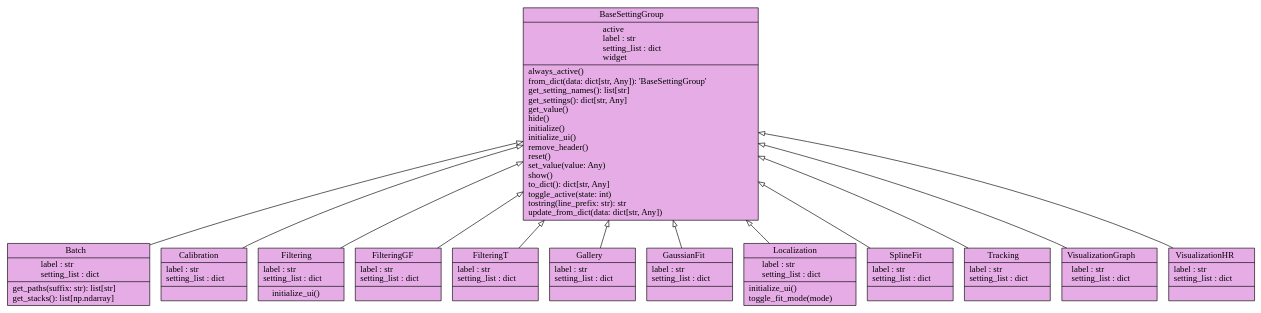
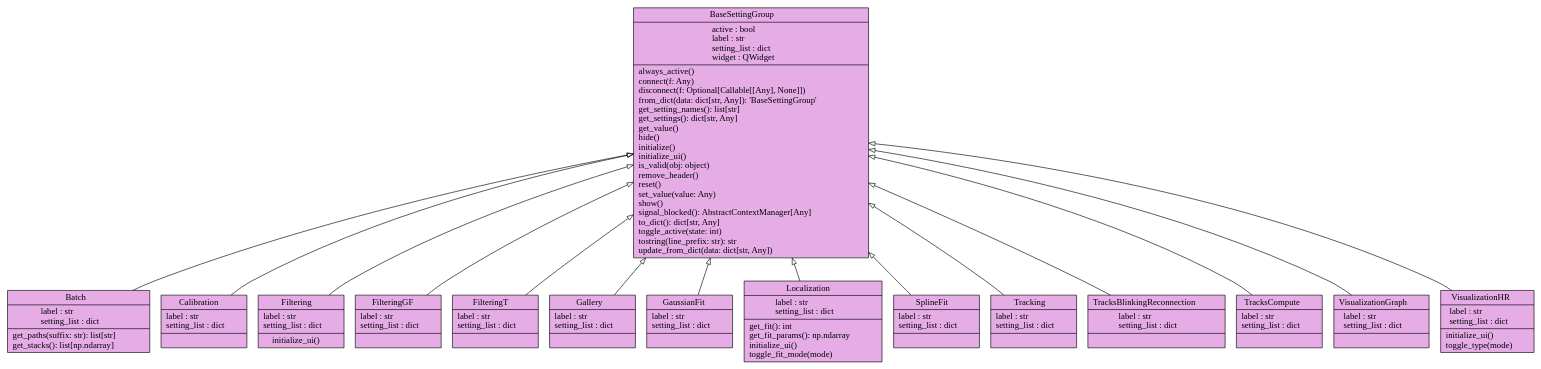
One commit to tmonseigne/palm-tracer changed the diagram in docs/_static/graph/classes_groups.dot. Above: the diagram before and after it, drawn with Graphviz. The commit also changed 76 other files, not shown here.

```diff
--- a/docs/_static/graph/classes_groups.dot
+++ b/docs/_static/graph/classes_groups.dot
@@ -1,30 +1,34 @@
 digraph "classes_palm_tracer" {
 rankdir=BT
 charset="utf-8"
-"palm_tracer.Settings.Groups.BaseSettingGroup.BaseSettingGroup" [color="black", fontcolor="black", label=<{BaseSettingGroup|active<br ALIGN="LEFT"/>label : str<br ALIGN="LEFT"/>setting_list : dict<br ALIGN="LEFT"/>widget<br ALIGN="LEFT"/>|always_active()<br ALIGN="LEFT"/>from_dict(data: dict[str, Any]): 'BaseSettingGroup'<br ALIGN="LEFT"/>get_setting_names(): list[str]<br ALIGN="LEFT"/>get_settings(): dict[str, Any]<br ALIGN="LEFT"/>get_value()<br ALIGN="LEFT"/>hide()<br ALIGN="LEFT"/>initialize()<br ALIGN="LEFT"/>initialize_ui()<br ALIGN="LEFT"/>remove_header()<br ALIGN="LEFT"/>reset()<br ALIGN="LEFT"/>set_value(value: Any)<br ALIGN="LEFT"/>show()<br ALIGN="LEFT"/>to_dict(): dict[str, Any]<br ALIGN="LEFT"/>toggle_active(state: int)<br ALIGN="LEFT"/>tostring(line_prefix: str): str<br ALIGN="LEFT"/>update_from_dict(data: dict[str, Any])<br ALIGN="LEFT"/>}>, shape="record", style="filled", fillcolor="#e6ace6"];
+"palm_tracer.Settings.Groups.BaseSettingGroup.BaseSettingGroup" [color="black", fontcolor="black", label=<{BaseSettingGroup|active : bool<br ALIGN="LEFT"/>label : str<br ALIGN="LEFT"/>setting_list : dict<br ALIGN="LEFT"/>widget : QWidget<br ALIGN="LEFT"/>|always_active()<br ALIGN="LEFT"/>connect(f: Any)<br ALIGN="LEFT"/>disconnect(f: Optional[Callable[[Any], None]])<br ALIGN="LEFT"/>from_dict(data: dict[str, Any]): 'BaseSettingGroup'<br ALIGN="LEFT"/>get_setting_names(): list[str]<br ALIGN="LEFT"/>get_settings(): dict[str, Any]<br ALIGN="LEFT"/>get_value()<br ALIGN="LEFT"/>hide()<br ALIGN="LEFT"/>initialize()<br ALIGN="LEFT"/>initialize_ui()<br ALIGN="LEFT"/>is_valid(obj: object)<br ALIGN="LEFT"/>remove_header()<br ALIGN="LEFT"/>reset()<br ALIGN="LEFT"/>set_value(value: Any)<br ALIGN="LEFT"/>show()<br ALIGN="LEFT"/>signal_blocked(): AbstractContextManager[Any]<br ALIGN="LEFT"/>to_dict(): dict[str, Any]<br ALIGN="LEFT"/>toggle_active(state: int)<br ALIGN="LEFT"/>tostring(line_prefix: str): str<br ALIGN="LEFT"/>update_from_dict(data: dict[str, Any])<br ALIGN="LEFT"/>}>, shape="record", style="filled", fillcolor="#e6ace6"];
 "palm_tracer.Settings.Groups.Batch.Batch" [color="black", fontcolor="black", label=<{Batch|label : str<br ALIGN="LEFT"/>setting_list : dict<br ALIGN="LEFT"/>|get_paths(suffix: str): list[str]<br ALIGN="LEFT"/>get_stacks(): list[np.ndarray]<br ALIGN="LEFT"/>}>, shape="record", style="filled", fillcolor="#e6ace6"];
 "palm_tracer.Settings.Groups.Calibration.Calibration" [color="black", fontcolor="black", label=<{Calibration|label : str<br ALIGN="LEFT"/>setting_list : dict<br ALIGN="LEFT"/>|}>, shape="record", style="filled", fillcolor="#e6ace6"];
 "palm_tracer.Settings.Groups.Filtering.Filtering" [color="black", fontcolor="black", label=<{Filtering|label : str<br ALIGN="LEFT"/>setting_list : dict<br ALIGN="LEFT"/>|initialize_ui()<br ALIGN="LEFT"/>}>, shape="record", style="filled", fillcolor="#e6ace6"];
 "palm_tracer.Settings.Groups.FilteringGF.FilteringGF" [color="black", fontcolor="black", label=<{FilteringGF|label : str<br ALIGN="LEFT"/>setting_list : dict<br ALIGN="LEFT"/>|}>, shape="record", style="filled", fillcolor="#e6ace6"];
 "palm_tracer.Settings.Groups.FilteringT.FilteringT" [color="black", fontcolor="black", label=<{FilteringT|label : str<br ALIGN="LEFT"/>setting_list : dict<br ALIGN="LEFT"/>|}>, shape="record", style="filled", fillcolor="#e6ace6"];
 "palm_tracer.Settings.Groups.Gallery.Gallery" [color="black", fontcolor="black", label=<{Gallery|label : str<br ALIGN="LEFT"/>setting_list : dict<br ALIGN="LEFT"/>|}>, shape="record", style="filled", fillcolor="#e6ace6"];
 "palm_tracer.Settings.Groups.GaussianFit.GaussianFit" [color="black", fontcolor="black", label=<{GaussianFit|label : str<br ALIGN="LEFT"/>setting_list : dict<br ALIGN="LEFT"/>|}>, shape="record", style="filled", fillcolor="#e6ace6"];
-"palm_tracer.Settings.Groups.Localization.Localization" [color="black", fontcolor="black", label=<{Localization|label : str<br ALIGN="LEFT"/>setting_list : dict<br ALIGN="LEFT"/>|initialize_ui()<br ALIGN="LEFT"/>toggle_fit_mode(mode)<br ALIGN="LEFT"/>}>, shape="record", style="filled", fillcolor="#e6ace6"];
+"palm_tracer.Settings.Groups.Localization.Localization" [color="black", fontcolor="black", label=<{Localization|label : str<br ALIGN="LEFT"/>setting_list : dict<br ALIGN="LEFT"/>|get_fit(): int<br ALIGN="LEFT"/>get_fit_params(): np.ndarray<br ALIGN="LEFT"/>initialize_ui()<br ALIGN="LEFT"/>toggle_fit_mode(mode)<br ALIGN="LEFT"/>}>, shape="record", style="filled", fillcolor="#e6ace6"];
 "palm_tracer.Settings.Groups.SplineFit.SplineFit" [color="black", fontcolor="black", label=<{SplineFit|label : str<br ALIGN="LEFT"/>setting_list : dict<br ALIGN="LEFT"/>|}>, shape="record", style="filled", fillcolor="#e6ace6"];
 "palm_tracer.Settings.Groups.Tracking.Tracking" [color="black", fontcolor="black", label=<{Tracking|label : str<br ALIGN="LEFT"/>setting_list : dict<br ALIGN="LEFT"/>|}>, shape="record", style="filled", fillcolor="#e6ace6"];
+"palm_tracer.Settings.Groups.TracksBlinkingReconnection.TracksBlinkingReconnection" [color="black", fontcolor="black", label=<{TracksBlinkingReconnection|label : str<br ALIGN="LEFT"/>setting_list : dict<br ALIGN="LEFT"/>|}>, shape="record", style="filled", fillcolor="#e6ace6"];
+"palm_tracer.Settings.Groups.TracksCompute.TracksCompute" [color="black", fontcolor="black", label=<{TracksCompute|label : str<br ALIGN="LEFT"/>setting_list : dict<br ALIGN="LEFT"/>|}>, shape="record", style="filled", fillcolor="#e6ace6"];
 "palm_tracer.Settings.Groups.VisualizationGraph.VisualizationGraph" [color="black", fontcolor="black", label=<{VisualizationGraph|label : str<br ALIGN="LEFT"/>setting_list : dict<br ALIGN="LEFT"/>|}>, shape="record", style="filled", fillcolor="#e6ace6"];
-"palm_tracer.Settings.Groups.VisualizationHR.VisualizationHR" [color="black", fontcolor="black", label=<{VisualizationHR|label : str<br ALIGN="LEFT"/>setting_list : dict<br ALIGN="LEFT"/>|}>, shape="record", style="filled", fillcolor="#e6ace6"];
+"palm_tracer.Settings.Groups.VisualizationHR.VisualizationHR" [color="black", fontcolor="black", label=<{VisualizationHR|label : str<br ALIGN="LEFT"/>setting_list : dict<br ALIGN="LEFT"/>|initialize_ui()<br ALIGN="LEFT"/>toggle_type(mode)<br ALIGN="LEFT"/>}>, shape="record", style="filled", fillcolor="#e6ace6"];
 
 "palm_tracer.Settings.Groups.Batch.Batch" -> "palm_tracer.Settings.Groups.BaseSettingGroup.BaseSettingGroup" [arrowhead="empty", arrowtail="none", style="filled", fillcolor="#e6ace6"];
 "palm_tracer.Settings.Groups.Calibration.Calibration" -> "palm_tracer.Settings.Groups.BaseSettingGroup.BaseSettingGroup" [arrowhead="empty", arrowtail="none", style="filled", fillcolor="#e6ace6"];
 "palm_tracer.Settings.Groups.Filtering.Filtering" -> "palm_tracer.Settings.Groups.BaseSettingGroup.BaseSettingGroup" [arrowhead="empty", arrowtail="none", style="filled", fillcolor="#e6ace6"];
 "palm_tracer.Settings.Groups.FilteringGF.FilteringGF" -> "palm_tracer.Settings.Groups.BaseSettingGroup.BaseSettingGroup" [arrowhead="empty", arrowtail="none", style="filled", fillcolor="#e6ace6"];
 "palm_tracer.Settings.Groups.FilteringT.FilteringT" -> "palm_tracer.Settings.Groups.BaseSettingGroup.BaseSettingGroup" [arrowhead="empty", arrowtail="none", style="filled", fillcolor="#e6ace6"];
 "palm_tracer.Settings.Groups.Gallery.Gallery" -> "palm_tracer.Settings.Groups.BaseSettingGroup.BaseSettingGroup" [arrowhead="empty", arrowtail="none", style="filled", fillcolor="#e6ace6"];
 "palm_tracer.Settings.Groups.GaussianFit.GaussianFit" -> "palm_tracer.Settings.Groups.BaseSettingGroup.BaseSettingGroup" [arrowhead="empty", arrowtail="none", style="filled", fillcolor="#e6ace6"];
 "palm_tracer.Settings.Groups.Localization.Localization" -> "palm_tracer.Settings.Groups.BaseSettingGroup.BaseSettingGroup" [arrowhead="empty", arrowtail="none", style="filled", fillcolor="#e6ace6"];
 "palm_tracer.Settings.Groups.SplineFit.SplineFit" -> "palm_tracer.Settings.Groups.BaseSettingGroup.BaseSettingGroup" [arrowhead="empty", arrowtail="none", style="filled", fillcolor="#e6ace6"];
 "palm_tracer.Settings.Groups.Tracking.Tracking" -> "palm_tracer.Settings.Groups.BaseSettingGroup.BaseSettingGroup" [arrowhead="empty", arrowtail="none", style="filled", fillcolor="#e6ace6"];
+"palm_tracer.Settings.Groups.TracksBlinkingReconnection.TracksBlinkingReconnection" -> "palm_tracer.Settings.Groups.BaseSettingGroup.BaseSettingGroup" [arrowhead="empty", arrowtail="none", style="filled", fillcolor="#e6ace6"];
+"palm_tracer.Settings.Groups.TracksCompute.TracksCompute" -> "palm_tracer.Settings.Groups.BaseSettingGroup.BaseSettingGroup" [arrowhead="empty", arrowtail="none", style="filled", fillcolor="#e6ace6"];
+"palm_tracer.Settings.Groups.VisualizationGraph.VisualizationGraph" -> "palm_tracer.Settings.Groups.BaseSettingGroup.BaseSettingGroup" [arrowhead="empty", arrowtail="none", style="filled", fillcolor="#e6ace6"];
 "palm_tracer.Settings.Groups.VisualizationHR.VisualizationHR" -> "palm_tracer.Settings.Groups.BaseSettingGroup.BaseSettingGroup" [arrowhead="empty", arrowtail="none", style="filled", fillcolor="#e6ace6"];
-"palm_tracer.Settings.Groups.VisualizationGraph.VisualizationGraph" -> "palm_tracer.Settings.Groups.BaseSettingGroup.BaseSettingGroup" [arrowhead="empty", arrowtail="none", style="filled", fillcolor="#e6ace6"];
 }
```
